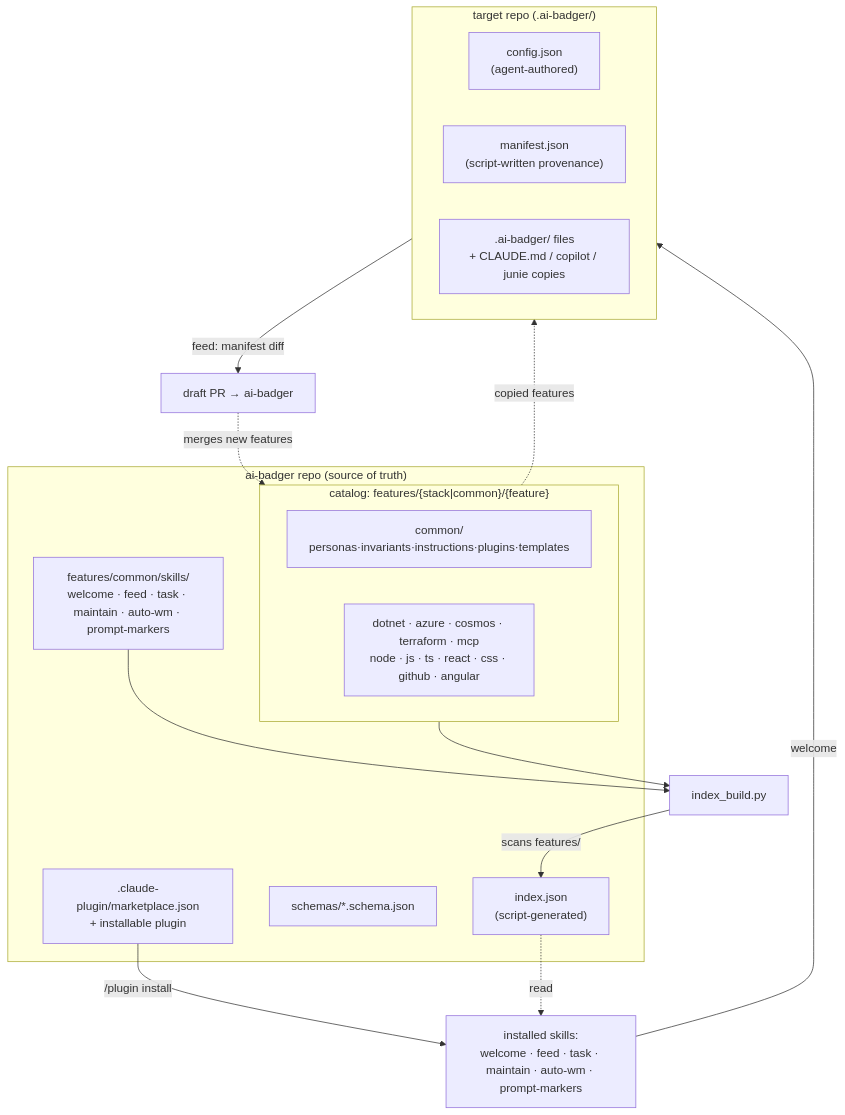
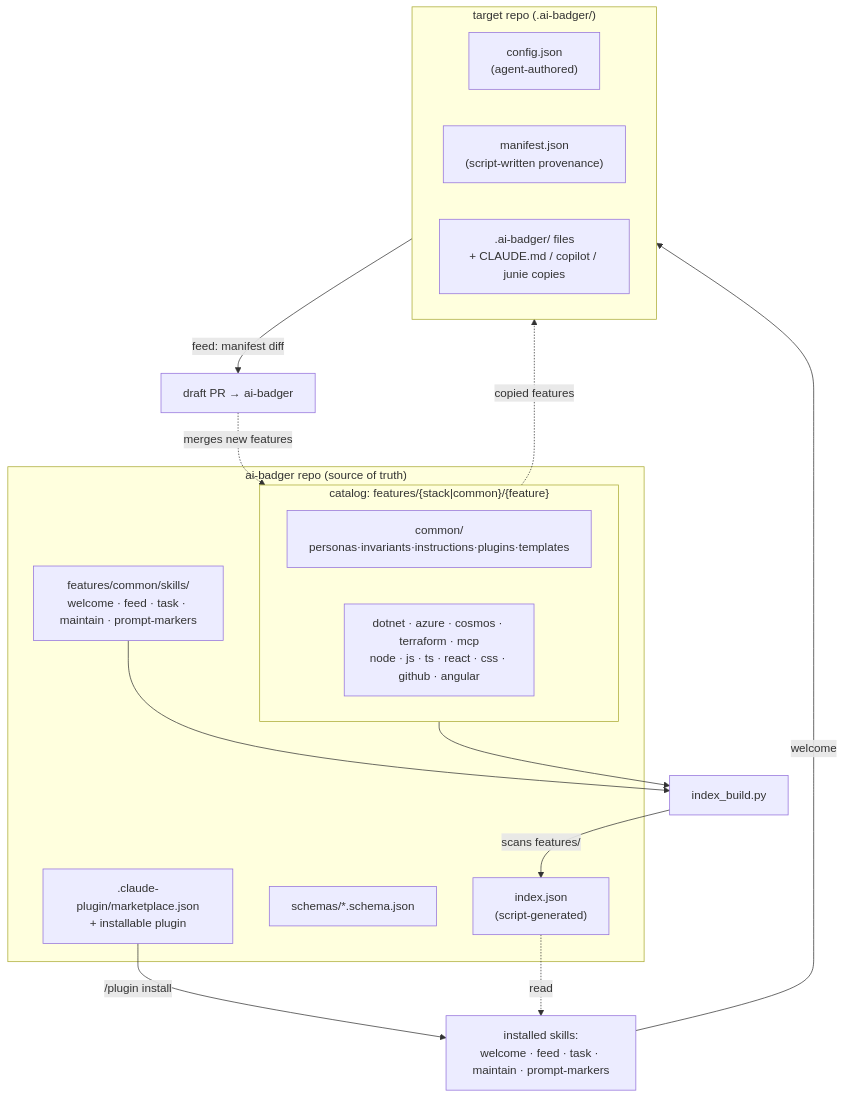
The first of 4 diagrams in docs/ai-badger-framework-design.md (Arasz/ai-badger), drawn with Mermaid before and after one commit. The commit also changed other lines of this file and 7 other files, not shown here.

````diff
--- a/docs/ai-badger-framework-design.md
+++ b/docs/ai-badger-framework-design.md
@@ -288,27 +288,27 @@
 ```mermaid
 flowchart TB
   subgraph FW["ai-badger repo (source of truth)"]
     IDX["index.json\n(script-generated)"]
     SCH["schemas/*.schema.json"]
     subgraph CAT["catalog: features/{stack|common}/{feature}"]
       COMMON["common/\npersonas·invariants·instructions·plugins·templates"]
       STACKS["dotnet · azure · cosmos · terraform · mcp\nnode · js · ts · react · css · github · angular"]
     end
-    SKILLSDIR["features/common/skills/\nwelcome · feed · task · maintain · auto-wm · prompt-markers"]
+    SKILLSDIR["features/common/skills/\nwelcome · feed · task · maintain · prompt-markers"]
     MKT[".claude-plugin/marketplace.json\n+ installable plugin"]
   end
   IDXbuild["index_build.py"] -->|scans features/| IDX
   CAT --> IDXbuild
   SKILLSDIR --> IDXbuild
-  MKT -->|/plugin install| SKILLS["installed skills:\nwelcome · feed · task · maintain · auto-wm · prompt-markers"]
+  MKT -->|/plugin install| SKILLS["installed skills:\nwelcome · feed · task · maintain · prompt-markers"]
   IDX -. read .-> SKILLS
   CAT -. copied features .-> PROJ
   subgraph PROJ["target repo (.ai-badger/)"]
     CFG["config.json\n(agent-authored)"]
     MAN["manifest.json\n(script-written provenance)"]
     OUT[".ai-badger/ files\n+ CLAUDE.md / copilot / junie copies"]
   end
   SKILLS -->|welcome| PROJ
   PROJ -->|feed: manifest diff| PRD["draft PR → ai-badger"]
   PRD -. merges new features .-> CAT
 ```
````
